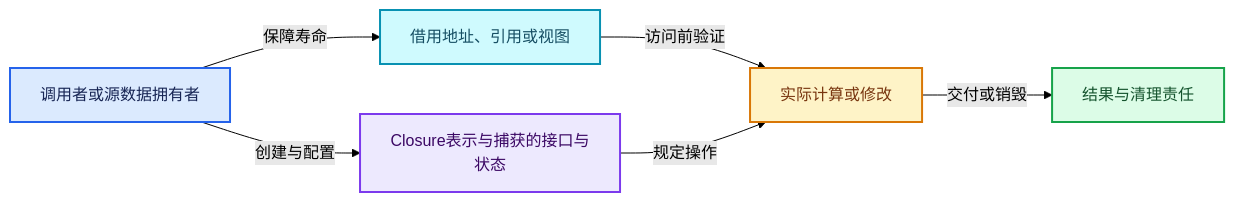
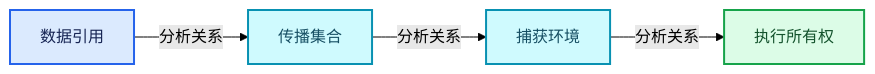
One commit to yunkezengren/blender-.vscode changed the third of 4 diagrams in 杂/markdown/全面学习-codex/10-引用生命周期与Closure/06-Closure表示与捕获.md. Above: the diagram before and after it, drawn with Mermaid (forest theme). The commit also changed other lines of this file and 1930 other files, not shown here.

````diff
--- a/杂/markdown/全面学习-codex/10-引用生命周期与Closure/06-Closure表示与捕获.md
+++ b/杂/markdown/全面学习-codex/10-引用生命周期与Closure/06-Closure表示与捕获.md
@@ -655,19 +64,16 @@
 ```mermaid
 flowchart LR
-  O["调用者或源数据拥有者"]:::input
-  V["Closure表示与捕获的接口与状态"]:::abstraction
-  B["借用地址、引用或视图"]:::data
-  W["实际计算或修改"]:::compute
-  R["结果与清理责任"]:::result
-  O -->|"创建与配置"| V
-  O -->|"保障寿命"| B
-  B -->|"访问前验证"| W
-  V -->|"规定操作"| W
-  W -->|"交付或销毁"| R
+  P0["数据引用"]:::input
+  P1["传播集合"]:::data
+  P2["捕获环境"]:::data
+  P3["执行所有权"]:::result
+  P0 -->|"分析关系"| P1
+  P1 -->|"分析关系"| P2
+  P2 -->|"分析关系"| P3
   classDef input fill:#DBEAFE,stroke:#2563EB,color:#172554,stroke-width:2px;
   classDef data fill:#CFFAFE,stroke:#0891B2,color:#164E63,stroke-width:2px;
   classDef abstraction fill:#EDE9FE,stroke:#7C3AED,color:#3B0764,stroke-width:2px;
   classDef compute fill:#FEF3C7,stroke:#D97706,color:#78350F,stroke-width:2px;
   classDef result fill:#DCFCE7,stroke:#16A34A,color:#14532D,stroke-width:2px;
   classDef error fill:#FEE2E2,stroke:#DC2626,color:#7F1D1D,stroke-width:2px;
 ```
````
